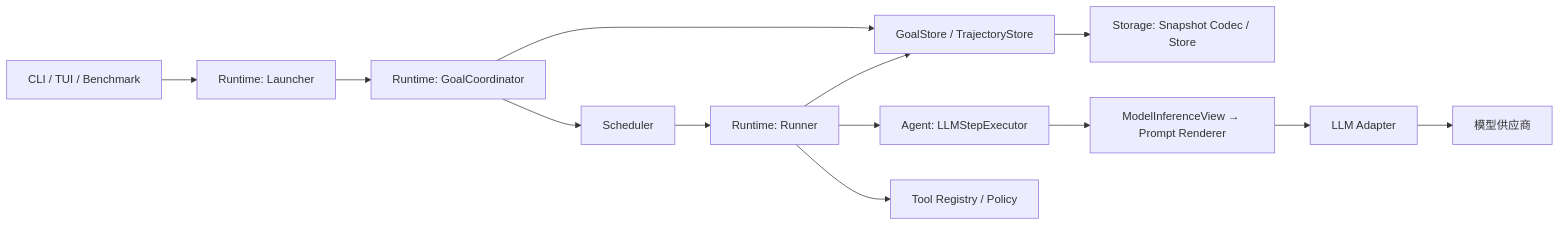
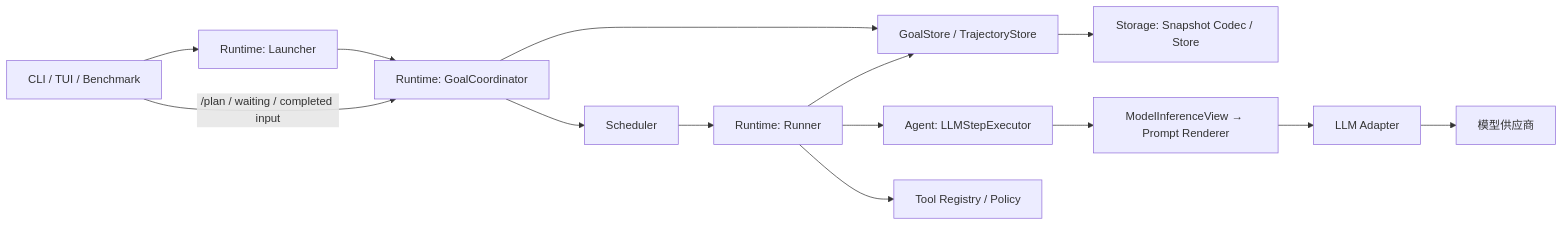
Before and after one commit to ccasJay/LazyGoal: the diagram in docs/architecture/README.md, drawn with Mermaid. The commit also changed other lines of this file and 8 other files, not shown here.

````diff
--- a/docs/architecture/README.md
+++ b/docs/architecture/README.md
@@ -19,15 +19,16 @@
 ```mermaid
 flowchart LR
     C[CLI / TUI / Benchmark] --> L[Runtime: Launcher]
     L --> G[Runtime: GoalCoordinator]
+    C -->|/plan / waiting / completed input| G
     G --> S[GoalStore / TrajectoryStore]
     G --> Q[Scheduler]
     Q --> R[Runtime: Runner]
     R --> S
     R --> E[Agent: LLMStepExecutor]
     E --> V[ModelInferenceView → Prompt Renderer]
     V --> A[LLM Adapter]
     A --> M[模型供应商]
     S --> ST[Storage: Snapshot Codec / Store]
     R --> T[Tool Registry / Policy]
 ```
````
